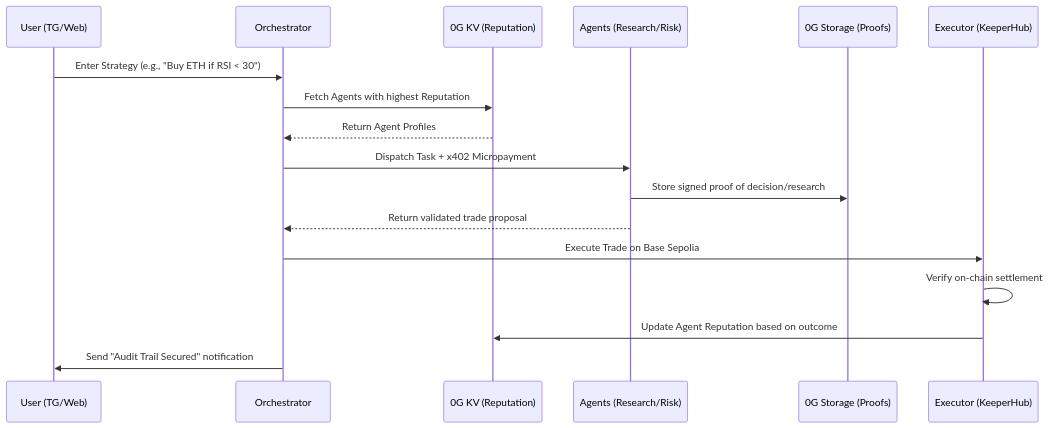
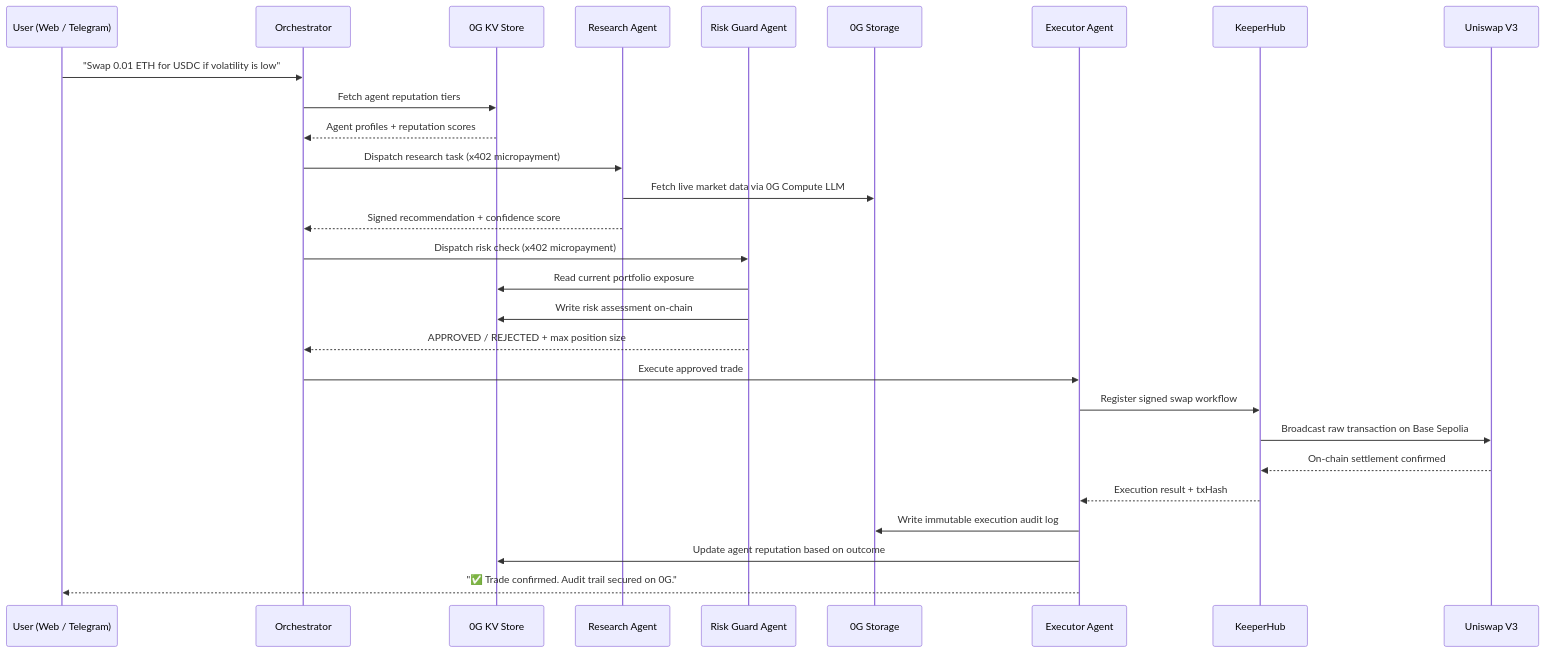
The second of 2 diagrams in README.md (Lakshmikanth-3/Axiom-Fi), drawn with Mermaid before and after one commit. The commit also changed other lines of this file, not shown here.

````diff
--- a/README.md
+++ b/README.md
@@ -62,20 +64,31 @@
 ```mermaid
 sequenceDiagram
-    participant U as User (TG/Web)
+    participant U as User (Web / Telegram)
     participant O as Orchestrator
-    participant KV as 0G KV (Reputation)
-    participant A as Agents (Research/Risk)
-    participant S as 0G Storage (Proofs)
-    participant E as Executor (KeeperHub)
+    participant KV as 0G KV Store
+    participant R as Research Agent
+    participant RG as Risk Guard Agent
+    participant S as 0G Storage
+    participant E as Executor Agent
+    participant KH as KeeperHub
+    participant UNI as Uniswap V3
 
-    U->>O: Enter Strategy (e.g., "Buy ETH if RSI < 30")
-    O->>KV: Fetch Agents with highest Reputation
-    KV-->>O: Return Agent Profiles
-    O->>A: Dispatch Task + x402 Micropayment
-    A->>S: Store signed proof of decision/research
-    A-->>O: Return validated trade proposal
-    O->>E: Execute Trade on Base Sepolia
-    E->>E: Verify on-chain settlement
-    E->>KV: Update Agent Reputation based on outcome
-    O->>U: Send "Audit Trail Secured" notification
+    U->>O: "Swap 0.01 ETH for USDC if volatility is low"
+    O->>KV: Fetch agent reputation tiers
+    KV-->>O: Agent profiles + reputation scores
+    O->>R: Dispatch research task (x402 micropayment)
+    R->>S: Fetch live market data via 0G Compute LLM
+    R-->>O: Signed recommendation + confidence score
+    O->>RG: Dispatch risk check (x402 micropayment)
+    RG->>KV: Read current portfolio exposure
+    RG->>KV: Write risk assessment on-chain
+    RG-->>O: APPROVED / REJECTED + max position size
+    O->>E: Execute approved trade
+    E->>KH: Register signed swap workflow
+    KH->>UNI: Broadcast raw transaction on Base Sepolia
+    UNI-->>KH: On-chain settlement confirmed
+    KH-->>E: Execution result + txHash
+    E->>S: Write immutable execution audit log
+    E->>KV: Update agent reputation based on outcome
+    E-->>U: "✅ Trade confirmed. Audit trail secured on 0G."
 ```
````
